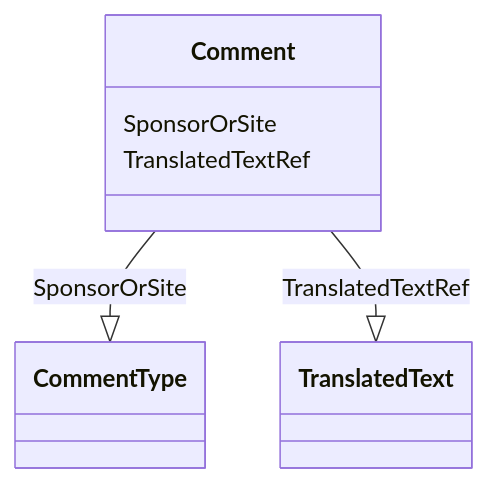
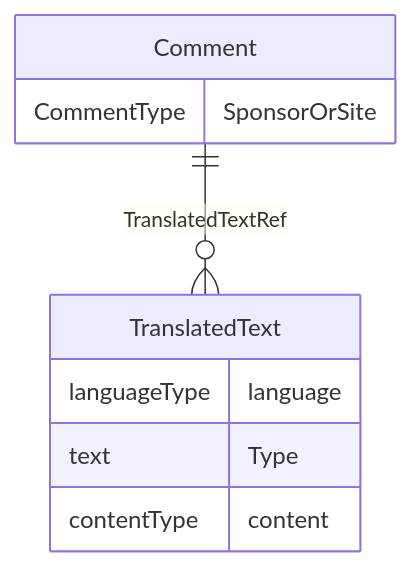
The diagram in docs/Comment.md (cdisc-org/DataExchange-ODM-LinkML), drawn with Mermaid before and after one commit. The commit also changed other lines of this file and 181 other files, not shown here.

Commit message:
ER diagrams working via templates and removing names with underscores

````diff
--- a/docs/Comment.md
+++ b/docs/Comment.md
@@ -14,13 +11,14 @@
 ```mermaid
- classDiagram
-    class Comment
-      Comment : SponsorOrSite
-        
-          Comment --|> CommentType : SponsorOrSite
-        
-      Comment : TranslatedTextRef
-        
-          Comment --|> TranslatedText : TranslatedTextRef
-        
-      
+erDiagram
+Comment {
+    CommentType SponsorOrSite  
+}
+TranslatedText {
+    languageType language  
+    text Type  
+    contentType content  
+}
+
+Comment ||--}o TranslatedText : "TranslatedTextRef"
+
 ```
````
